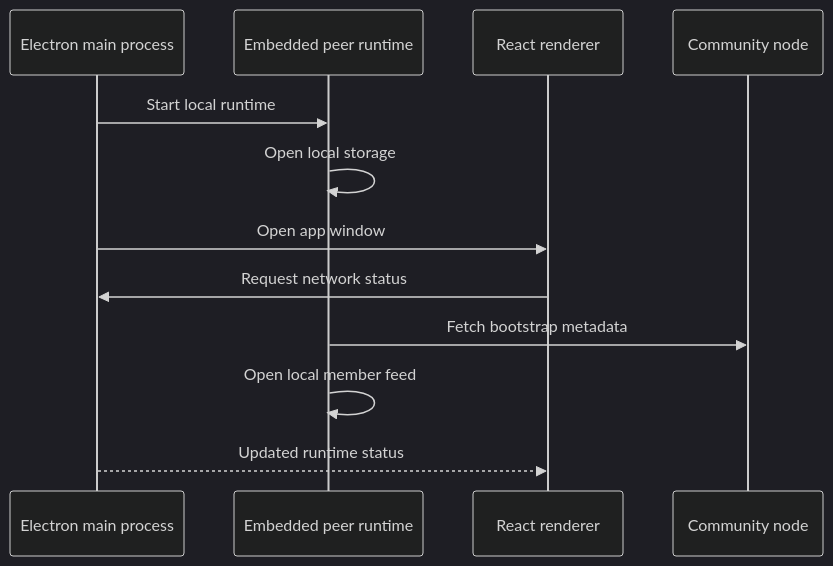
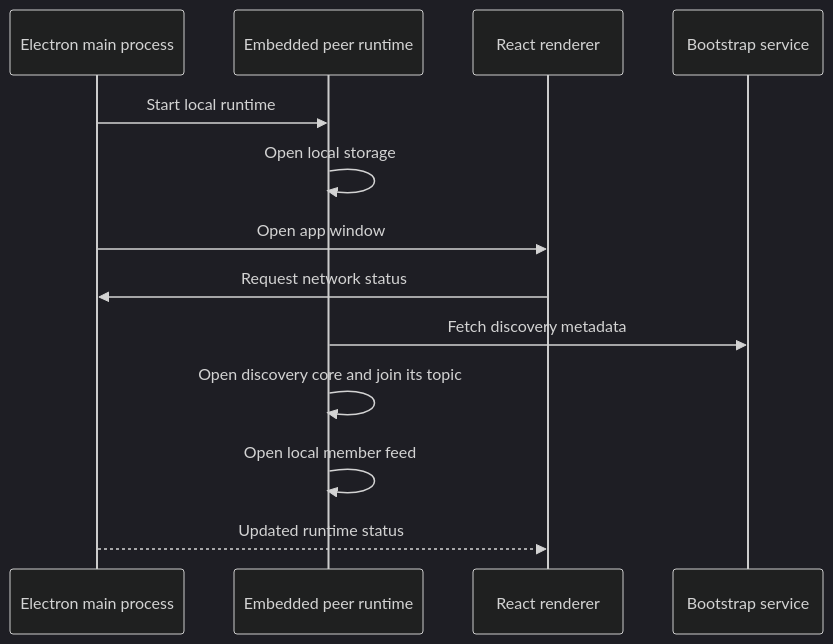
Before and after one commit to matthewlovestocode/peer-hours: the diagram in docs/education/13-desktop-startup.md, drawn with Mermaid (dark theme). The commit also changed other lines of this file and 14 other files, not shown here.

````diff
--- a/docs/education/13-desktop-startup.md
+++ b/docs/education/13-desktop-startup.md
@@ -13,14 +13,15 @@
 ```mermaid
 sequenceDiagram
   participant E as Electron main process
   participant R as Embedded peer runtime
   participant U as React renderer
-  participant N as Community node
+  participant B as Bootstrap service
   E->>R: Start local runtime
   R->>R: Open local storage
   E->>U: Open app window
   U->>E: Request network status
-  R->>N: Fetch bootstrap metadata
+  R->>B: Fetch discovery metadata
+  R->>R: Open discovery core and join its topic
   R->>R: Open local member feed
   E-->>U: Updated runtime status
 ```
````
